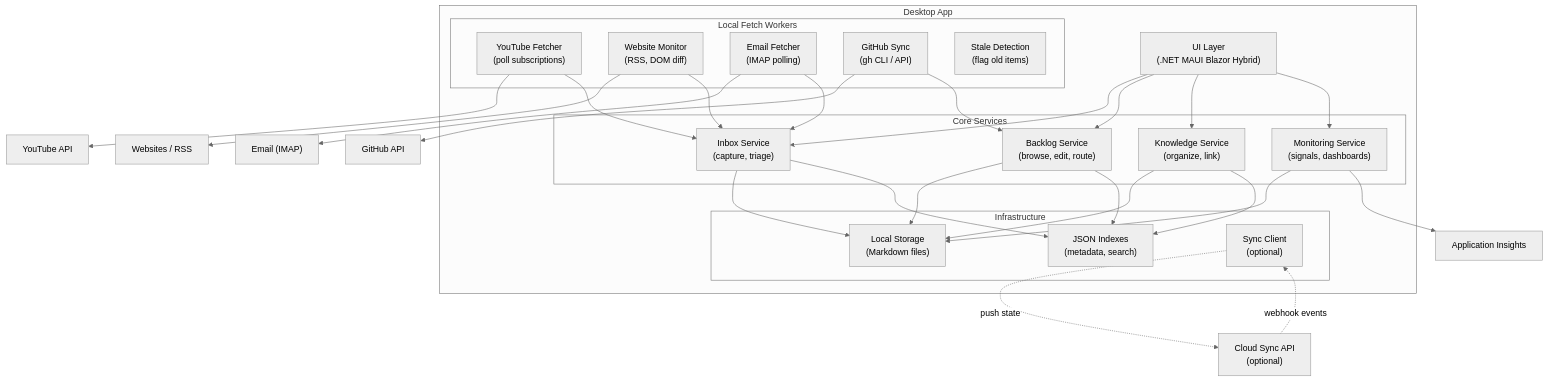
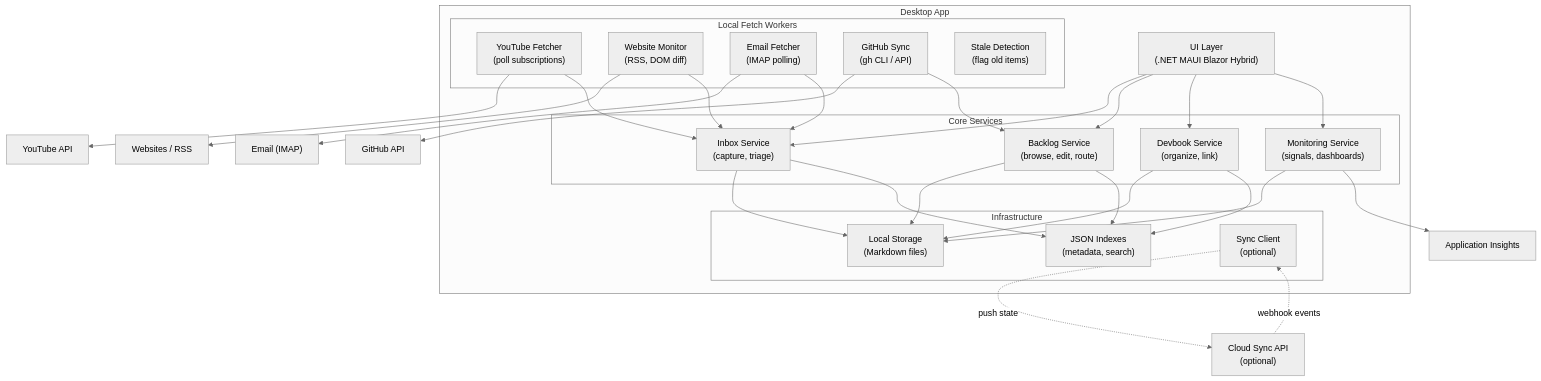
One commit to JSdotNet/Backlog changed the third of 6 diagrams in .arc42/05-building-block-view.md. Above: the diagram before and after it, drawn with Mermaid (neutral theme). The commit also changed other lines of this file and 57 other files, not shown here.

````diff
--- a/.arc42/05-building-block-view.md
+++ b/.arc42/05-building-block-view.md
@@ -169,62 +169,62 @@
 ```mermaid
 graph TB
   subgraph "Desktop App"
     UI["UI Layer\n(.NET MAUI Blazor Hybrid)"]
 
     subgraph "Core Services"
       Inbox["Inbox Service\n(capture, triage)"]
       Backlog["Backlog Service\n(browse, edit, route)"]
-      Knowledge["Knowledge Service\n(organize, link)"]
+      Devbook["Devbook Service\n(organize, link)"]
       Monitoring["Monitoring Service\n(signals, dashboards)"]
     end
 
     subgraph "Local Fetch Workers"
       YTWorker["YouTube Fetcher\n(poll subscriptions)"]
       WebWorker["Website Monitor\n(RSS, DOM diff)"]
       EmailWorker["Email Fetcher\n(IMAP polling)"]
       GitHubWorker["GitHub Sync\n(gh CLI / API)"]
       StaleWorker["Stale Detection\n(flag old items)"]
     end
 
     subgraph "Infrastructure"
       LocalStore["Local Storage\n(Markdown files)"]
       JsonIndex["JSON Indexes\n(metadata, search)"]
       SyncClient["Sync Client\n(optional)"]
     end
   end
 
   SyncAPI["Cloud Sync API\n(optional)"]
   GitHub["GitHub API"]
   YouTube["YouTube API"]
   Websites["Websites / RSS"]
   Email["Email (IMAP)"]
   AppInsights["Application Insights"]
 
   UI --> Inbox
   UI --> Backlog
-  UI --> Knowledge
+  UI --> Devbook
   UI --> Monitoring
 
   Inbox --> LocalStore
   Backlog --> LocalStore
-  Knowledge --> LocalStore
+  Devbook --> LocalStore
   Monitoring --> LocalStore
 
   Inbox --> JsonIndex
   Backlog --> JsonIndex
-  Knowledge --> JsonIndex
+  Devbook --> JsonIndex
 
   YTWorker --> YouTube
   WebWorker --> Websites
   EmailWorker --> Email
   GitHubWorker --> GitHub
 
   YTWorker --> Inbox
   WebWorker --> Inbox
   EmailWorker --> Inbox
   GitHubWorker --> Backlog
 
   SyncClient -.->|push state| SyncAPI
   SyncAPI -.->|webhook events| SyncClient
   Monitoring --> AppInsights
 ```
````
